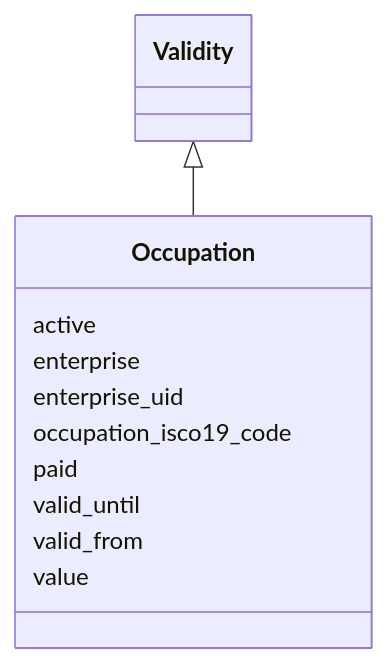
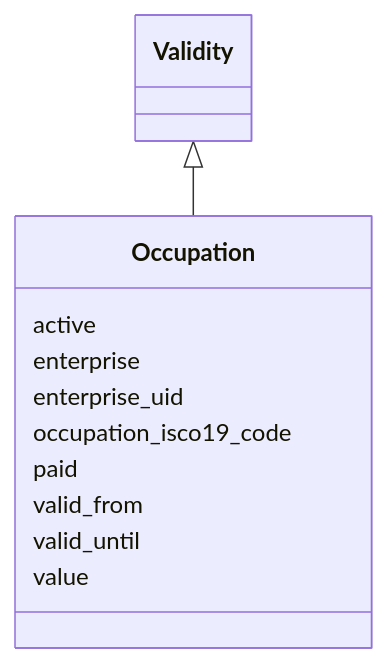
Before and after one commit to swiss/political-affairs-ech-group: the diagram in ech-0294_actors/output/docs/Occupation.md, drawn with Mermaid. The commit also changed other lines of this file and 35 other files, not shown here.

````diff
--- a/ech-0294_actors/output/docs/Occupation.md
+++ b/ech-0294_actors/output/docs/Occupation.md
@@ -13,25 +13,25 @@
 ```mermaid
  classDiagram
     class Occupation
     click Occupation href "../Occupation/"
       Validity <|-- Occupation
         click Validity href "../Validity/"
       
       Occupation : active
         
       Occupation : enterprise
         
       Occupation : enterprise_uid
         
       Occupation : occupation_isco19_code
         
       Occupation : paid
         
+      Occupation : valid_from
+        
       Occupation : valid_until
-        
-      Occupation : valid_from
         
       Occupation : value
         
       
 ```
````
